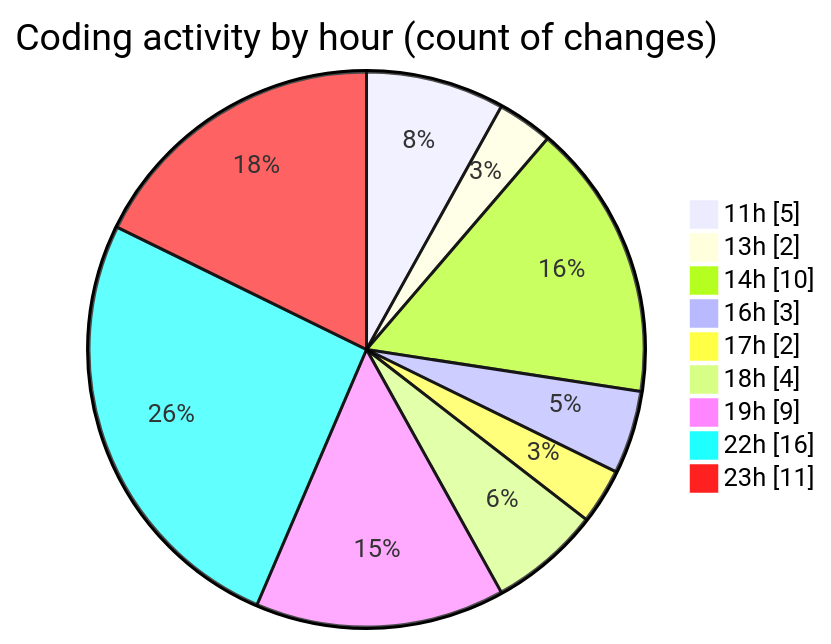
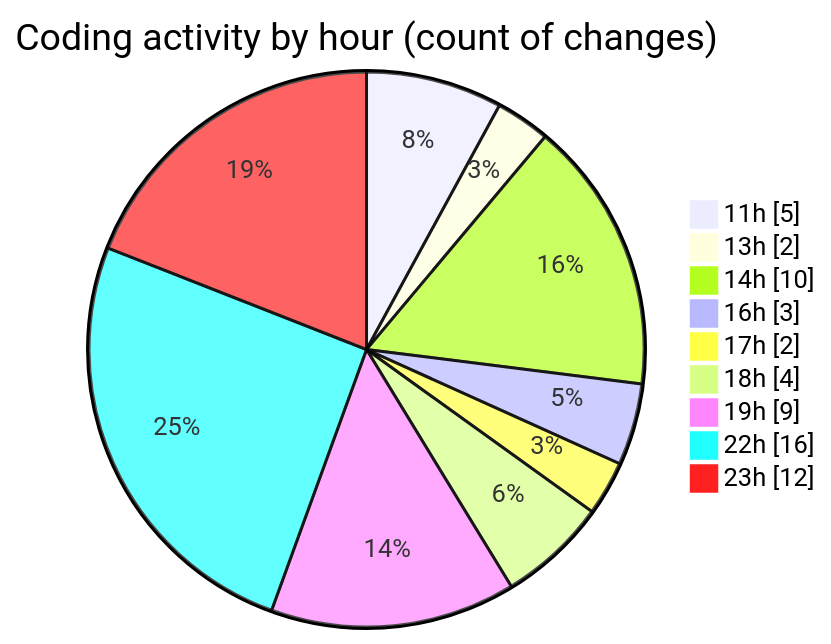
The second of 2 diagrams in 2025-10-27/usr_aleoudev_fr__workspace_/README.md (julien-gomy/code-tracking), drawn with Mermaid before and after one commit. The commit also changed other lines of this file and 1 other file, not shown here.

````diff
--- a/2025-10-27/usr_aleoudev_fr__workspace_/README.md
+++ b/2025-10-27/usr_aleoudev_fr__workspace_/README.md
@@ -37,13 +37,13 @@
 ```mermaid
 pie showData
 title Coding activity by hour (count of changes)
 "11h" : 5
 "13h" : 2
 "14h" : 10
 "16h" : 3
 "17h" : 2
 "18h" : 4
 "19h" : 9
 "22h" : 16
-"23h" : 11
+"23h" : 12
 ```
````
